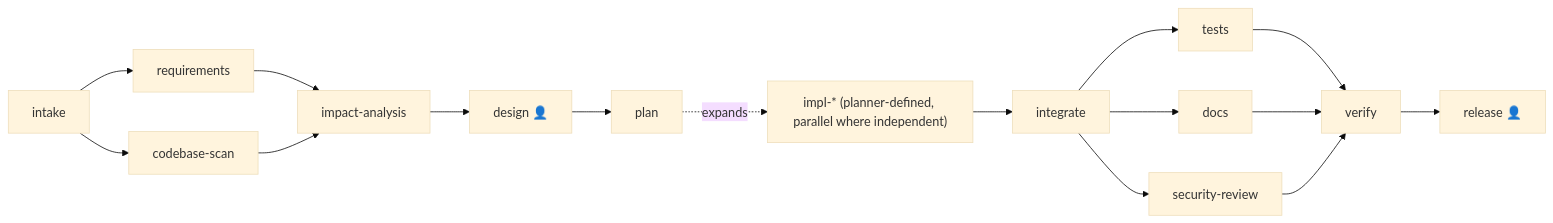
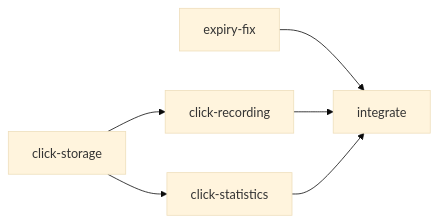
One commit to Marisha-Sahay/agentic-sdlc-orchestrator changed the diagram in docs/scenarios/brownfield.md. Above: the diagram before and after it, drawn with Mermaid (base theme). The commit also changed other lines of this file and 177 other files, not shown here.

````diff
--- a/docs/scenarios/brownfield.md
+++ b/docs/scenarios/brownfield.md
@@ -30,18 +27,8 @@
 ```mermaid
 flowchart LR
-  intake --> requirements
-  intake --> codebase-scan
-  requirements --> impact-analysis
-  codebase-scan --> impact-analysis
-  impact-analysis --> design["design 👤"]
-  design --> plan
-  plan -. expands .-> impl["impl-* (planner-defined, parallel where independent)"]
-  impl --> integrate
-  integrate --> tests
-  integrate --> docs
-  integrate --> security-review
-  tests --> verify
-  docs --> verify
-  security-review --> verify
-  verify --> release["release 👤"]
+  expiry-fix --> integrate
+  click-storage --> click-recording
+  click-storage --> click-statistics
+  click-recording --> integrate
+  click-statistics --> integrate
 ```
````
